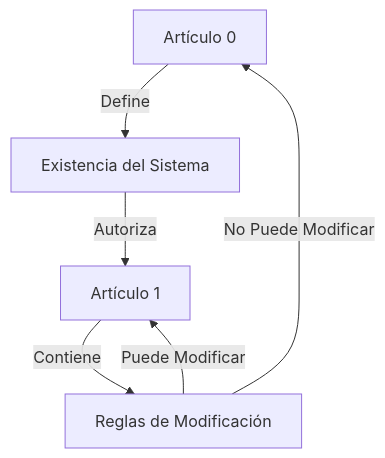
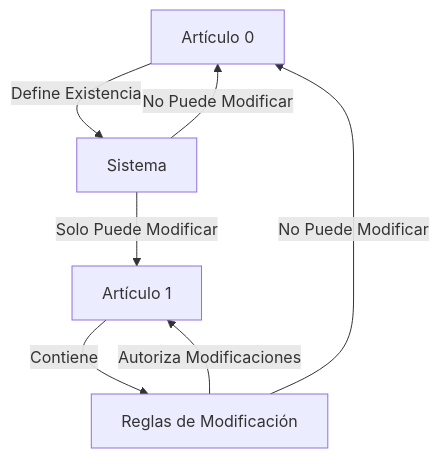
Before and after one commit to DefFoxPy/Leviatan: the first of 8 diagrams in ARCHITECTURE.md, drawn with Mermaid. The commit also changed other lines of this file and 5 other files, not shown here.

````diff
--- a/ARCHITECTURE.md
+++ b/ARCHITECTURE.md
@@ -6,8 +6,9 @@
 ```mermaid
 graph TD
-    A[Artículo 0] -->|Define| B[Existencia del Sistema]
-    B -->|Autoriza| C[Artículo 1]
+    A[Artículo 0] -->|Define Existencia| B[Sistema]
+    B -->|No Puede Modificar| A
+    B -->|Solo Puede Modificar| C[Artículo 1]
     C -->|Contiene| D[Reglas de Modificación]
     D -->|No Puede Modificar| A
-    D -->|Puede Modificar| C
+    D -->|Autoriza Modificaciones| C
 ```
````
